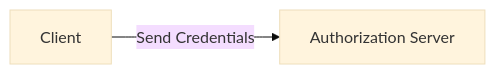
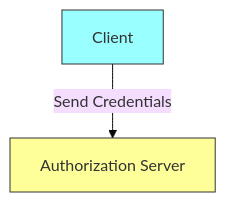
The second of 5 diagrams in docs/blog/direct-access-grant/slides.md (lele-maxwell/adorsys-gis-blog3), drawn with Mermaid (base theme) before and after one commit. The commit also changed other lines of this file, not shown here.

Commit message:
Fix slides.md file to  use correct diagram syntax and format

````diff
--- a/docs/blog/direct-access-grant/slides.md
+++ b/docs/blog/direct-access-grant/slides.md
@@ -86,4 +90,6 @@
 ```mermaid
-graph LR
-  A[Client] -->|Send Credentials| B[Authorization Server]
+graph TD
+    A[Client] -->|Send Credentials| B[Authorization Server]
+    style A fill:#9ff,stroke:#333
+    style B fill:#ff9,stroke:#333
 ```
````
